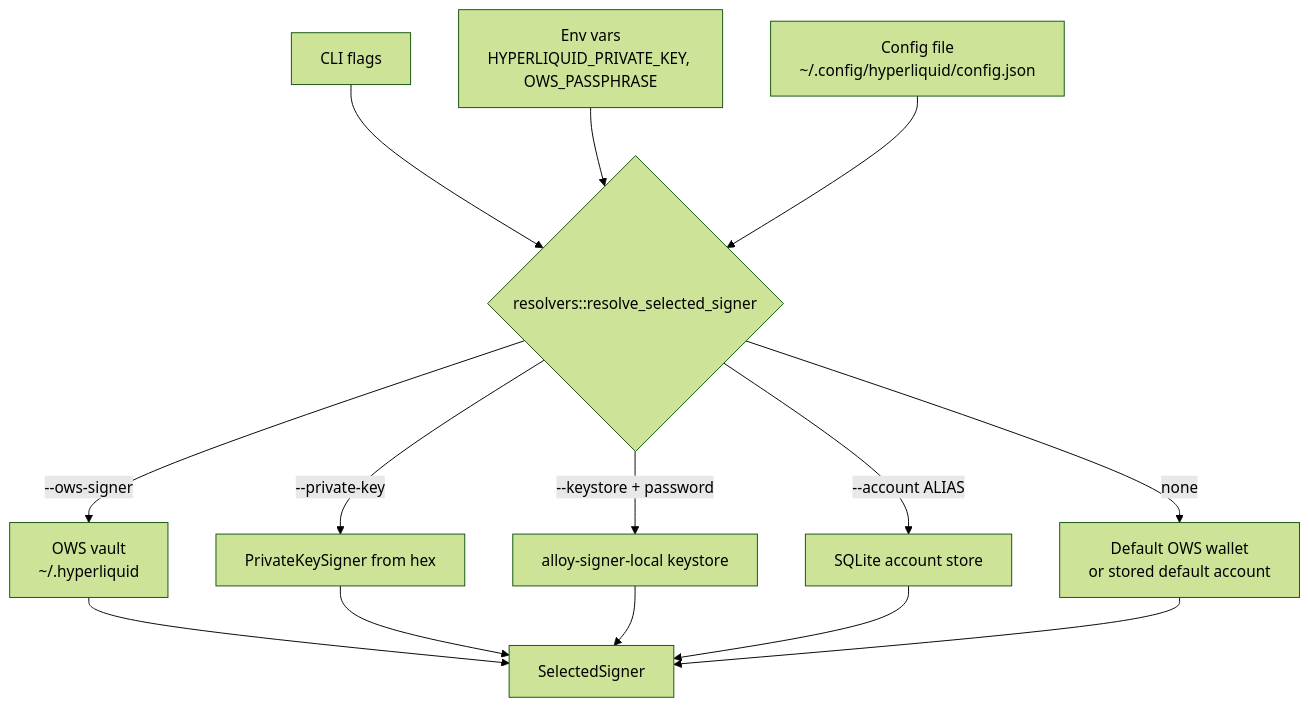
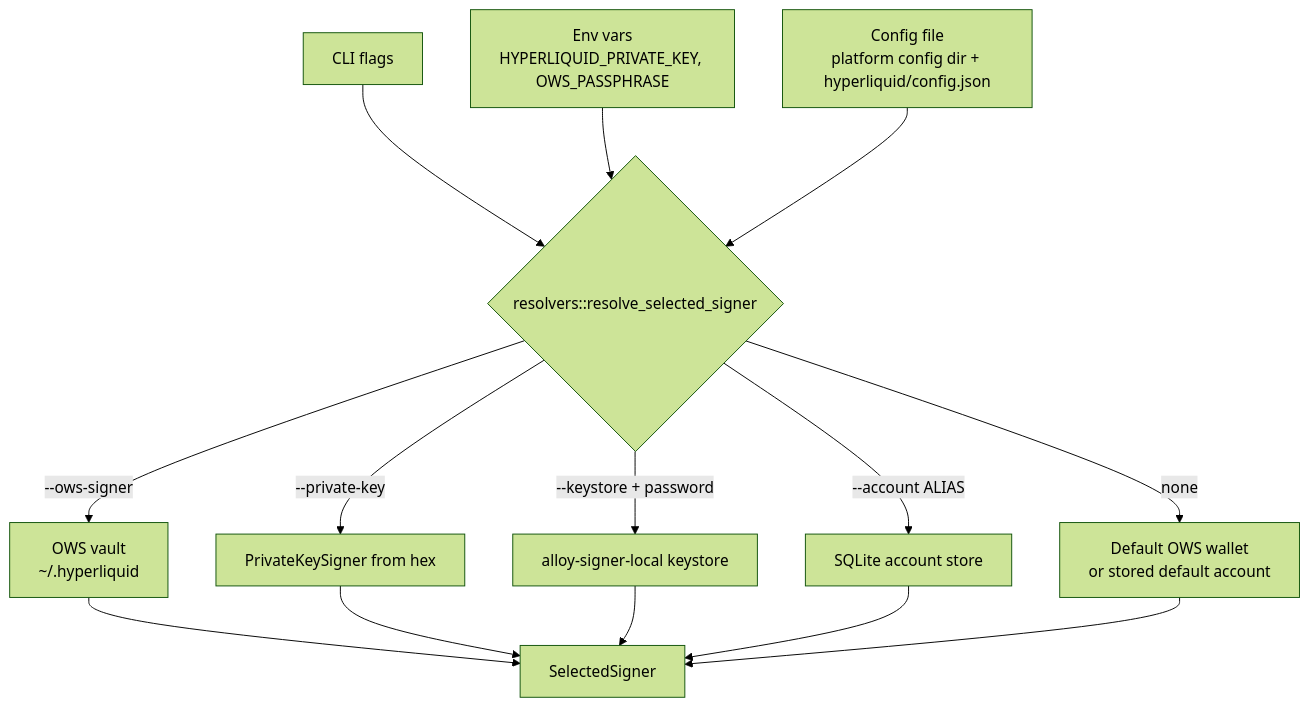
Before and after one commit to hypurrclaw/hyperliquid-cli: the diagram in droid-wiki/systems/signing-and-wallets.md, drawn with Mermaid (forest theme). The commit also changed 5 other files, not shown here.

````diff
--- a/droid-wiki/systems/signing-and-wallets.md
+++ b/droid-wiki/systems/signing-and-wallets.md
@@ -39,16 +39,16 @@
 ```mermaid
 graph TD
     Flags[CLI flags] --> Resolve
     Env[Env vars<br/>HYPERLIQUID_PRIVATE_KEY, OWS_PASSPHRASE] --> Resolve
-    Config[Config file<br/>~/.config/hyperliquid/config.json] --> Resolve
+    Config[Config file<br/>platform config dir + hyperliquid/config.json] --> Resolve
     Resolve{resolvers::resolve_selected_signer} -->|--ows-signer| Ows[OWS vault<br/>~/.hyperliquid]
     Resolve -->|--private-key| Raw[PrivateKeySigner from hex]
     Resolve -->|--keystore + password| Keystore[alloy-signer-local keystore]
     Resolve -->|--account ALIAS| Db[SQLite account store]
     Resolve -->|none| Default[Default OWS wallet<br/>or stored default account]
     Ows --> Selected[SelectedSigner]
     Raw --> Selected
     Keystore --> Selected
     Db --> Selected
     Default --> Selected
 ```
````
